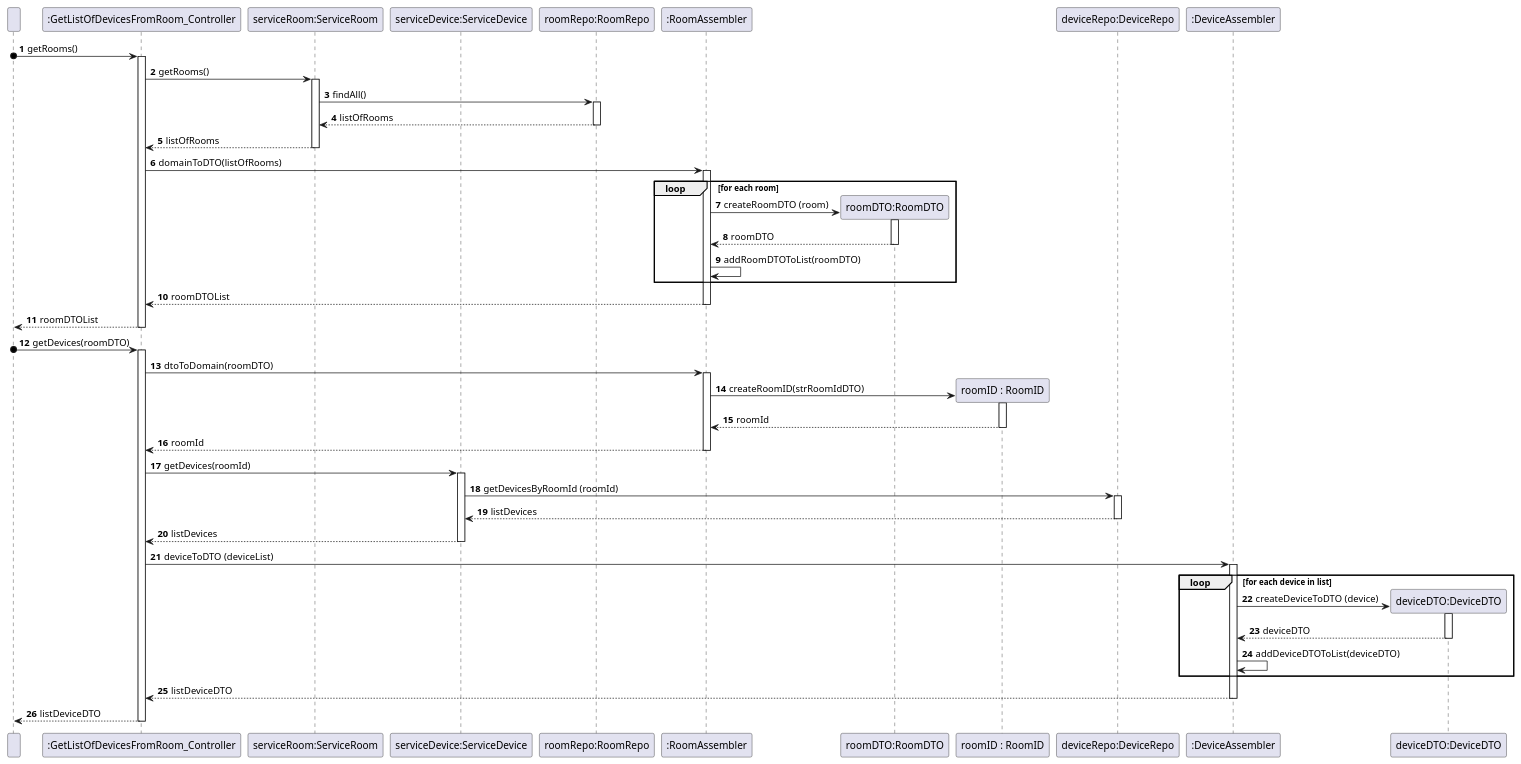
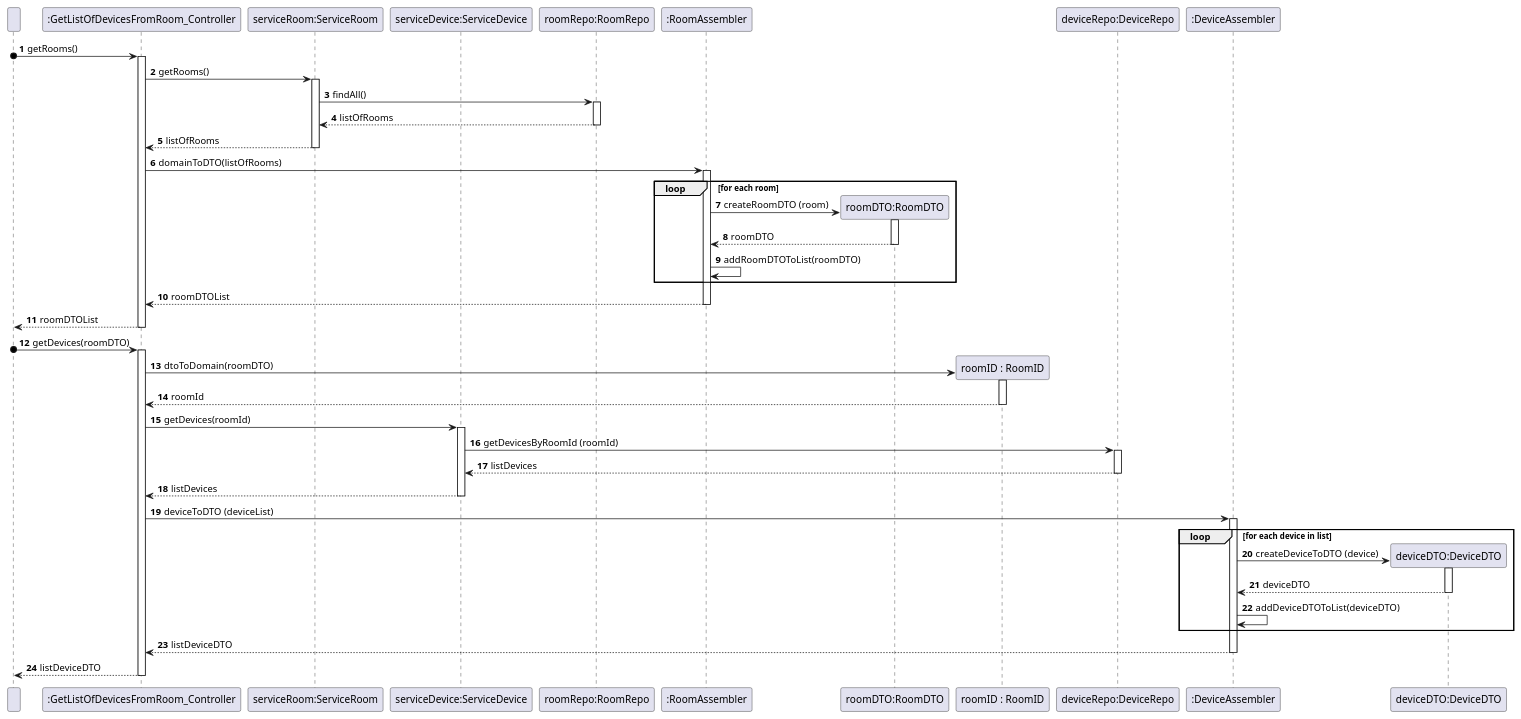
The diagram in docs/userStories/us06/artifacts/US06SD.puml (olivDiogo/SmartHome), drawn with PlantUML before and after one commit.

Commit message:
update: sequencediagram for US006 #76

```diff
--- a/docs/userStories/us06/artifacts/US06SD.puml
+++ b/docs/userStories/us06/artifacts/US06SD.puml
@@ -1,140 +1,132 @@
 @startuml
 'https://plantuml.com/sequence-diagram
 participant " " as User
 participant ":GetListOfDevicesFromRoom_Controller" as GetListOfDevicesFromRoom_Controller
 
 participant "serviceRoom:ServiceRoom" as ServiceRoom
 participant "serviceDevice:ServiceDevice" as ServiceDevice
 
 participant "roomRepo:RoomRepo" as RoomRepo
 participant ":RoomAssembler" as RoomAssembler
 
 participant "roomDTO:RoomDTO" as RoomDTO
 
 participant "roomID : RoomID" as RoomID
 
 participant "deviceRepo:DeviceRepo" as DeviceRepo
 participant ":DeviceAssembler" as DeviceAssembler
 participant "deviceDTO:DeviceDTO" as DeviceDTO
 
 autonumber
 
 User o-> GetListOfDevicesFromRoom_Controller: getRooms()
 
 activate GetListOfDevicesFromRoom_Controller
 
 GetListOfDevicesFromRoom_Controller -> ServiceRoom: getRooms()
 
 activate ServiceRoom
 
 ServiceRoom -> RoomRepo: findAll()
 
 activate RoomRepo
 
 RoomRepo --> ServiceRoom: listOfRooms
 
 deactivate RoomRepo
 
 ServiceRoom --> GetListOfDevicesFromRoom_Controller: listOfRooms
 
 deactivate ServiceRoom
 
 GetListOfDevicesFromRoom_Controller -> RoomAssembler : domainToDTO(listOfRooms)
 
 activate RoomAssembler
 
 loop for each room
 
     create RoomDTO
 
     RoomAssembler -> RoomDTO: createRoomDTO (room)
 
      activate RoomDTO
 
      RoomDTO --> RoomAssembler: roomDTO
 
       deactivate RoomDTO
 
      RoomAssembler -> RoomAssembler: addRoomDTOToList(roomDTO)
 
 end
 RoomAssembler --> GetListOfDevicesFromRoom_Controller: roomDTOList
 
 deactivate RoomAssembler
 
 GetListOfDevicesFromRoom_Controller --> User : roomDTOList
 
 deactivate GetListOfDevicesFromRoom_Controller
 
 User o-> GetListOfDevicesFromRoom_Controller: getDevices(roomDTO)
 
 activate GetListOfDevicesFromRoom_Controller
 
-GetListOfDevicesFromRoom_Controller -> RoomAssembler : dtoToDomain(roomDTO)
+create RoomID
+GetListOfDevicesFromRoom_Controller -> RoomID : dtoToDomain(roomDTO)
 
-activate RoomAssembler
-
-create RoomID
-
-RoomAssembler -> RoomID: createRoomID(strRoomIdDTO)
 
 activate RoomID
 
-RoomID --> RoomAssembler: roomId
+RoomID --> GetListOfDevicesFromRoom_Controller: roomId
 
 deactivate RoomID
-
-RoomAssembler --> GetListOfDevicesFromRoom_Controller: roomId
-
-deactivate RoomAssembler
 
 GetListOfDevicesFromRoom_Controller -> ServiceDevice: getDevices(roomId)
 
 activate ServiceDevice
 
 ServiceDevice -> DeviceRepo: getDevicesByRoomId (roomId)
 
 activate DeviceRepo
 
 DeviceRepo --> ServiceDevice: listDevices
 
 deactivate DeviceRepo
 
 ServiceDevice --> GetListOfDevicesFromRoom_Controller: listDevices
 
 deactivate ServiceDevice
 
 GetListOfDevicesFromRoom_Controller  -> DeviceAssembler: deviceToDTO (deviceList)
 
 activate DeviceAssembler
 
 loop for each device in list
     create DeviceDTO
 
     DeviceAssembler -> DeviceDTO: createDeviceToDTO (device)
 
     activate DeviceDTO
 
     DeviceDTO --> DeviceAssembler: deviceDTO
 
     deactivate DeviceDTO
 
     DeviceAssembler -> DeviceAssembler: addDeviceDTOToList(deviceDTO)
 
 end
 DeviceAssembler --> GetListOfDevicesFromRoom_Controller: listDeviceDTO
 
 deactivate DeviceAssembler
 
 deactivate ServiceDevice
 
 GetListOfDevicesFromRoom_Controller --> User : listDeviceDTO
 
 deactivate GetListOfDevicesFromRoom_Controller
 
 
 
 
 
 
 @enduml
```
